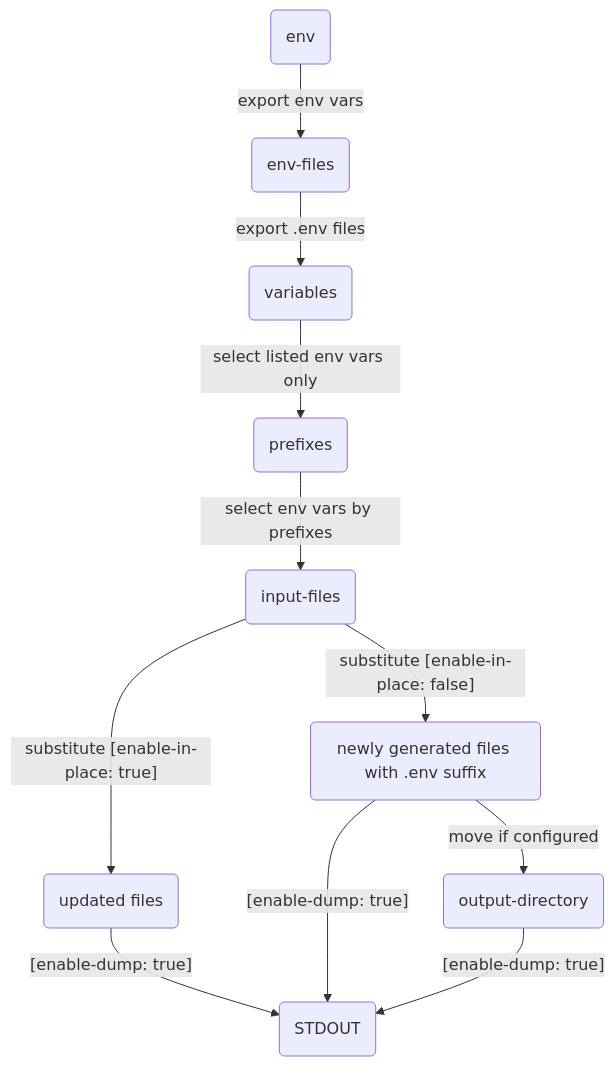
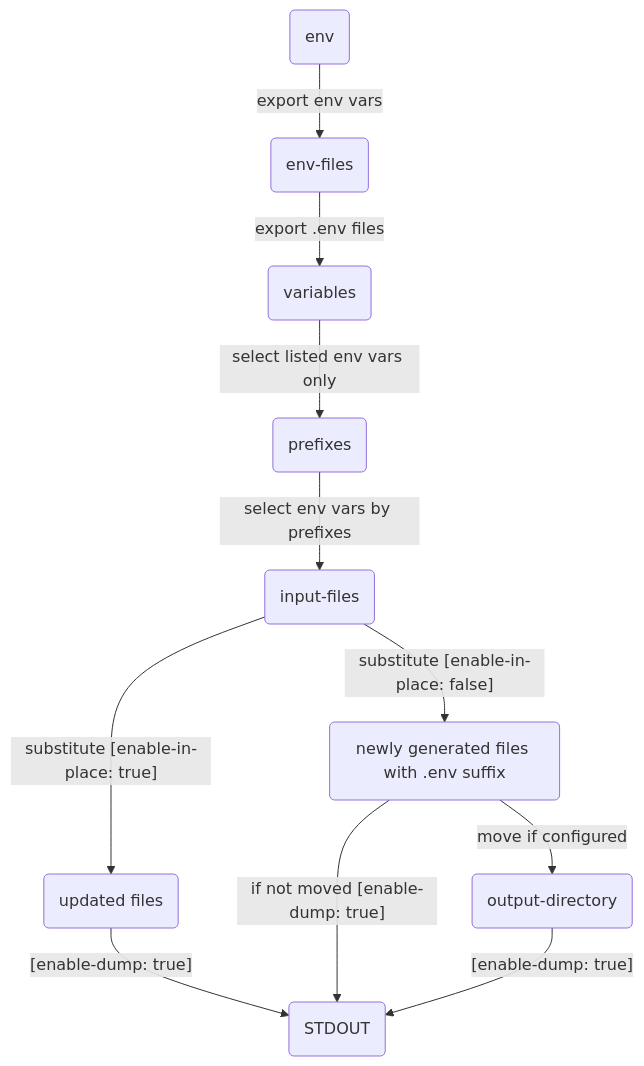
One commit to iamazeem/substitute-action changed the diagram in README.md. Above: the diagram before and after it, drawn with Mermaid. The commit also changed other lines of this file, not shown here.

````diff
--- a/README.md
+++ b/README.md
@@ -15,13 +15,13 @@
 ```mermaid
 flowchart TD
     A(env) --> |export env vars| B(env-files)
     B --> |export .env files| C(variables)
     C --> |select listed env vars only| D(prefixes)
     D --> |select env vars by prefixes| E(input-files)
     E --> |"substitute [enable-in-place: true]"| F(updated files)
     E --> |"substitute [enable-in-place: false]"| G(newly generated files with .env suffix)
     G --> |move if configured| I(output-directory)
     F --> |"[enable-dump: true]"| J(STDOUT)
-    G --> |"[enable-dump: true]"| J(STDOUT)
+    G --> |"if not moved [enable-dump: true]"| J(STDOUT)
     I --> |"[enable-dump: true]"| J(STDOUT)
 ```
````
